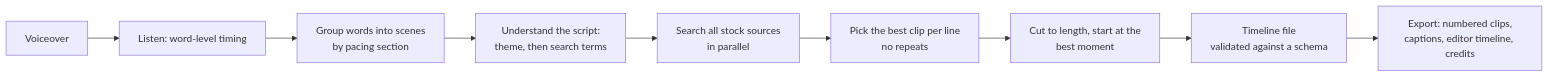
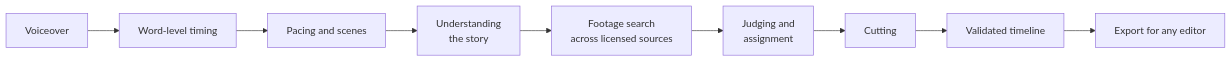
Before and after one commit to Farhaal/vocravox: the diagram in ENGINEERING.md, drawn with Mermaid. The commit also changed other lines of this file and 20 other files, not shown here.

````diff
--- a/ENGINEERING.md
+++ b/ENGINEERING.md
@@ -34,11 +34,11 @@
 ```mermaid
 flowchart LR
-    A[Voiceover] --> B[Listen: word-level timing]
-    B --> C[Group words into scenes<br/>by pacing section]
-    C --> D[Understand the script:<br/>theme, then search terms]
-    D --> E[Search all stock sources<br/>in parallel]
-    E --> F[Pick the best clip per line<br/>no repeats]
-    F --> G[Cut to length, start at the<br/>best moment]
-    G --> H[Timeline file<br/>validated against a schema]
-    H --> I[Export: numbered clips,<br/>captions, editor timeline, credits]
+    A[Voiceover] --> B[Word-level timing]
+    B --> C[Pacing and scenes]
+    C --> D[Understanding<br/>the story]
+    D --> E[Footage search<br/>across licensed sources]
+    E --> F[Judging and<br/>assignment]
+    F --> G[Cutting]
+    G --> H[Validated timeline]
+    H --> I[Export for any editor]
 ```
````
